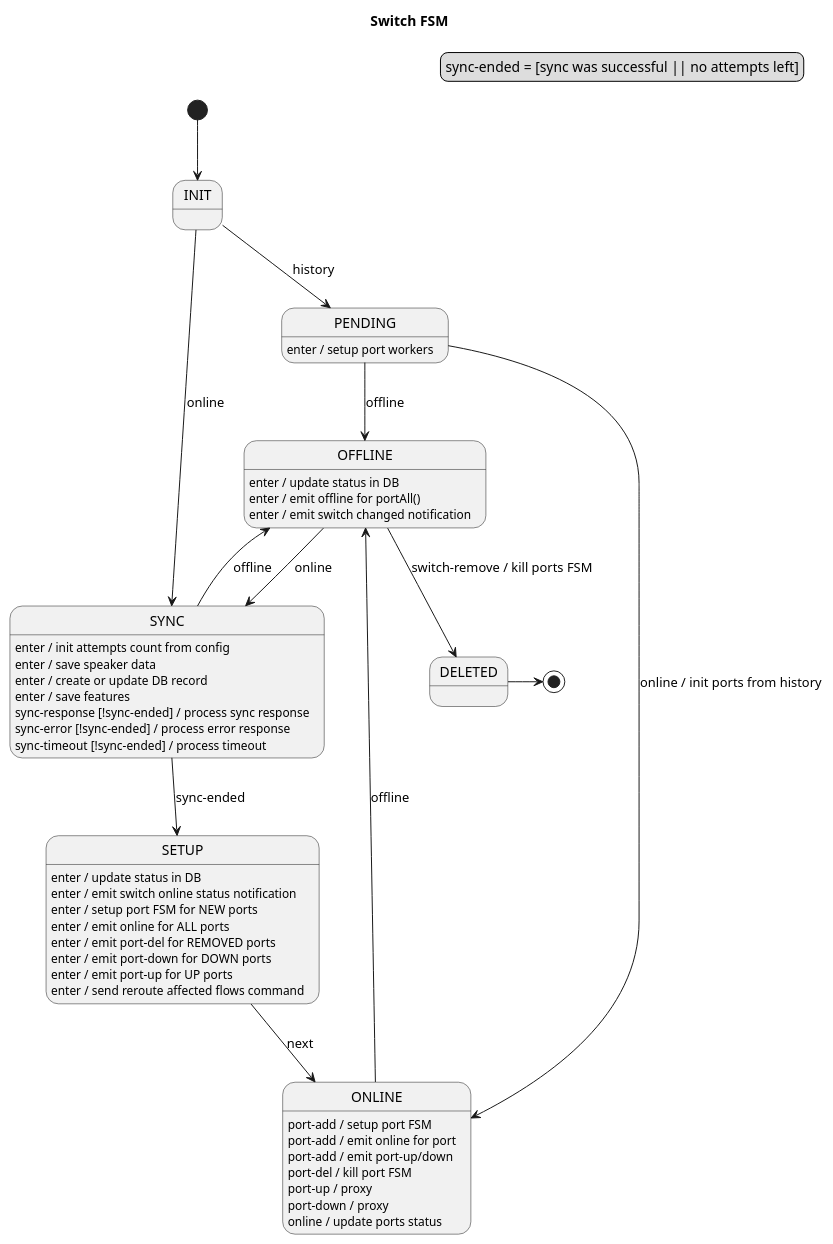
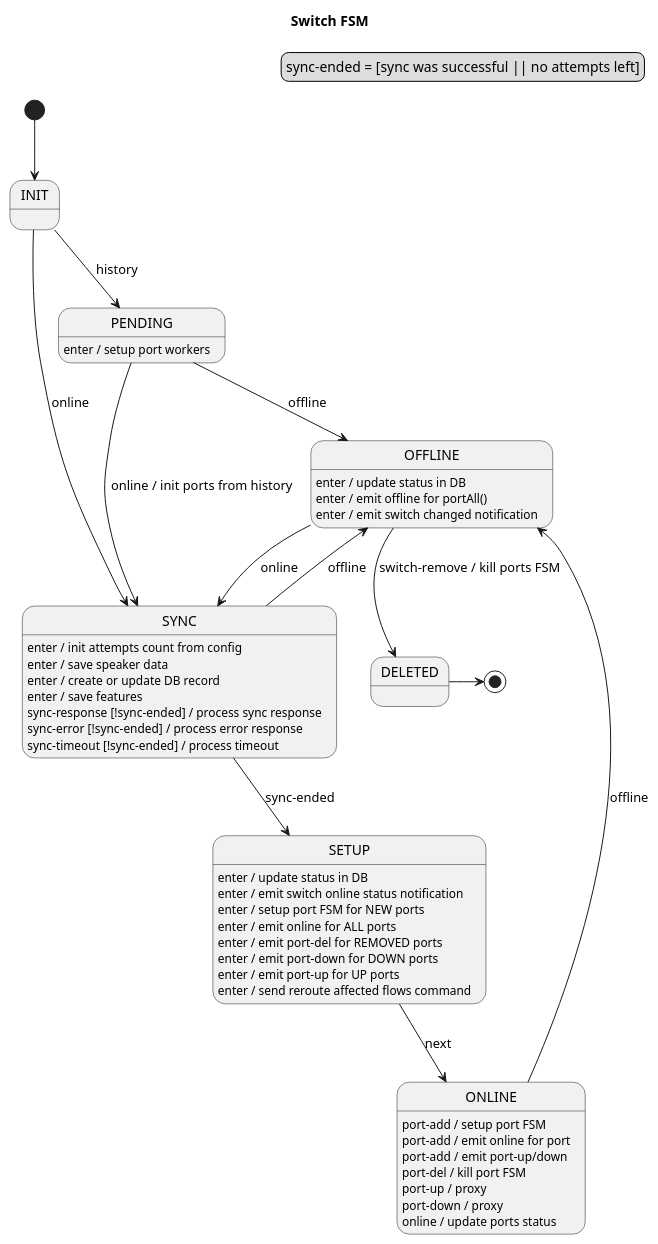
Before and after one commit to telstra/open-kilda: the diagram in docs/design/network-discovery/switch-FSM.puml, drawn with PlantUML. The commit also changed 4 other files, not shown here.

```diff
--- a/docs/design/network-discovery/switch-FSM.puml
+++ b/docs/design/network-discovery/switch-FSM.puml
@@ -22,53 +22,53 @@
 @startuml
 title Switch FSM
 
 legend top right
     sync-ended = [sync was successful || no attempts left]
 endlegend
 
 [*] --> INIT
 
 INIT --> SYNC : online
 INIT --> PENDING : history
 
 PENDING : enter / setup port workers
-PENDING --> ONLINE : online / init ports from history
+PENDING --> SYNC : online / init ports from history
 PENDING --> OFFLINE : offline
 
 SYNC : enter / init attempts count from config
 SYNC : enter / save speaker data
 SYNC : enter / create or update DB record
 SYNC : enter / save features
 SYNC : sync-response [!sync-ended] / process sync response
 SYNC : sync-error [!sync-ended] / process error response
 SYNC : sync-timeout [!sync-ended] / process timeout
 SYNC --> SETUP : sync-ended
 SYNC --> OFFLINE : offline
 
 SETUP : enter / update status in DB
 SETUP : enter / emit switch online status notification
 SETUP : enter / setup port FSM for NEW ports
 SETUP : enter / emit online for ALL ports
 SETUP : enter / emit port-del for REMOVED ports
 SETUP : enter / emit port-down for DOWN ports
 SETUP : enter / emit port-up for UP ports
 SETUP : enter / send reroute affected flows command
 SETUP --> ONLINE : next
 
 ONLINE : port-add / setup port FSM
 ONLINE : port-add / emit online for port
 ONLINE : port-add / emit port-up/down
 ONLINE : port-del / kill port FSM
 ONLINE : port-up / proxy
 ONLINE : port-down / proxy
 ONLINE : online / update ports status
 ONLINE --> OFFLINE : offline
 
 OFFLINE : enter / update status in DB
 OFFLINE : enter / emit offline for portAll()
 OFFLINE : enter / emit switch changed notification
 OFFLINE --> SYNC : online
 OFFLINE --> DELETED: switch-remove / kill ports FSM
 DELETED -> [*]
 
 @enduml
```
